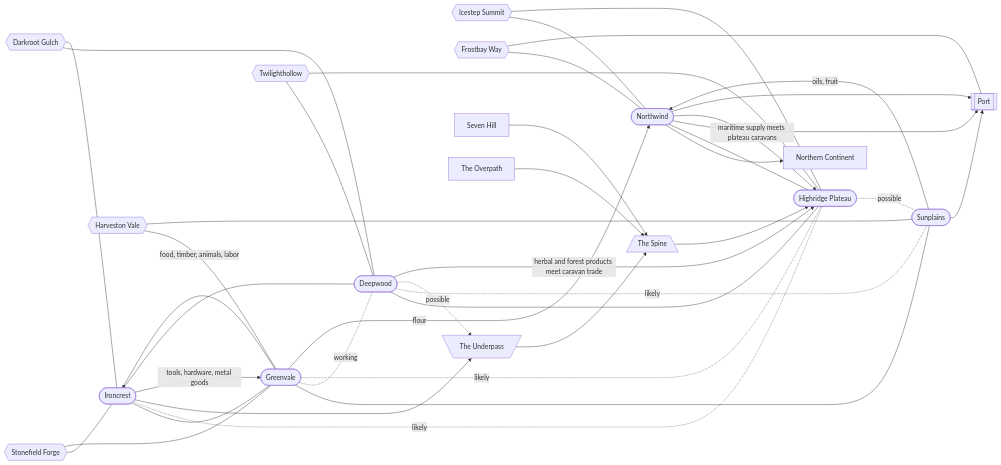
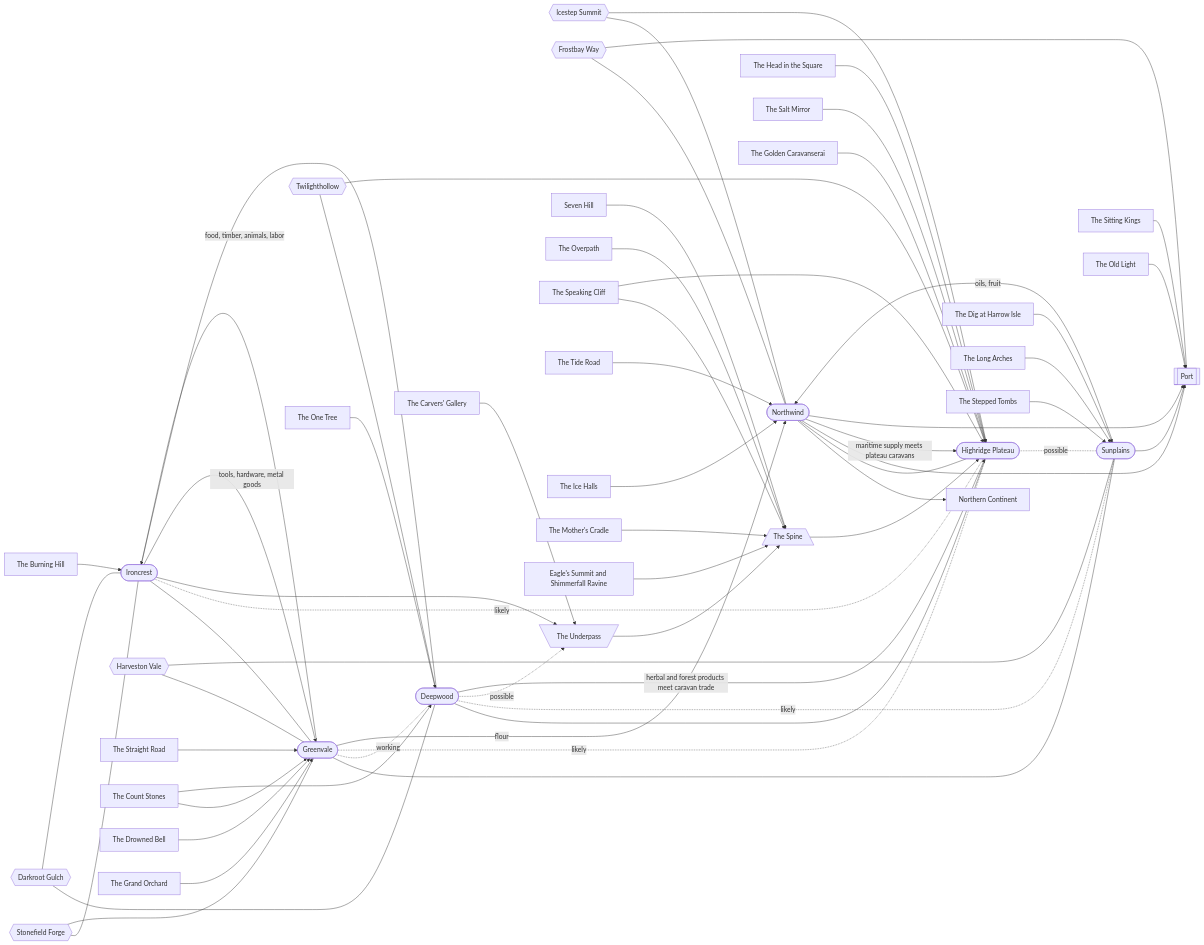
The diagram in atlas/regions/README.md (BigCatMellow/10Kings), drawn with Mermaid before and after one commit. The commit also changed other lines of this file and 35 other files, not shown here.

````diff
--- a/atlas/regions/README.md
+++ b/atlas/regions/README.md
@@ -134,6 +163,26 @@
   spine[/"The Spine"\]
   sevenhill["Seven Hill"]
   overpath["The Overpath"]
+  poi_one_tree["The One Tree"]
+  poi_sitting_kings["The Sitting Kings"]
+  poi_head_in_the_square["The Head in the Square"]
+  poi_speaking_cliff["The Speaking Cliff"]
+  poi_dig_at_harrow_isle["The Dig at Harrow Isle"]
+  poi_old_light["The Old Light"]
+  poi_straight_road["The Straight Road"]
+  poi_long_arches["The Long Arches"]
+  poi_stepped_tombs["The Stepped Tombs"]
+  poi_burning_hill["The Burning Hill"]
+  poi_salt_mirror["The Salt Mirror"]
+  poi_tide_road["The Tide Road"]
+  poi_ice_halls["The Ice Halls"]
+  poi_count_stones["The Count Stones"]
+  poi_drowned_bell["The Drowned Bell"]
+  poi_grand_orchard["The Grand Orchard"]
+  poi_golden_caravanserai["The Golden Caravanserai"]
+  poi_carvers_gallery["The Carvers' Gallery"]
+  poi_mothers_cradle["The Mother's Cradle"]
+  poi_eagles_summit_and_shimmerfall_ravine["Eagle's Summit and Shimmerfall Ravine"]
   northwind --> northern
   ironcrest --- greenvale
   greenvale --- sunplains
@@ -172,4 +221,26 @@
   northwind --> port
   sevenhill --> spine
   overpath --> spine
+  poi_one_tree --> deepwood
+  poi_sitting_kings --> port
+  poi_head_in_the_square --> highridge
+  poi_speaking_cliff --> spine
+  poi_speaking_cliff --> highridge
+  poi_dig_at_harrow_isle --> sunplains
+  poi_old_light --> port
+  poi_straight_road --> greenvale
+  poi_long_arches --> sunplains
+  poi_stepped_tombs --> sunplains
+  poi_burning_hill --> ironcrest
+  poi_salt_mirror --> highridge
+  poi_tide_road --> northwind
+  poi_ice_halls --> northwind
+  poi_count_stones --> greenvale
+  poi_count_stones --> deepwood
+  poi_drowned_bell --> greenvale
+  poi_grand_orchard --> greenvale
+  poi_golden_caravanserai --> highridge
+  poi_carvers_gallery --> underpass
+  poi_mothers_cradle --> spine
+  poi_eagles_summit_and_shimmerfall_ravine --> spine
 ```
````
